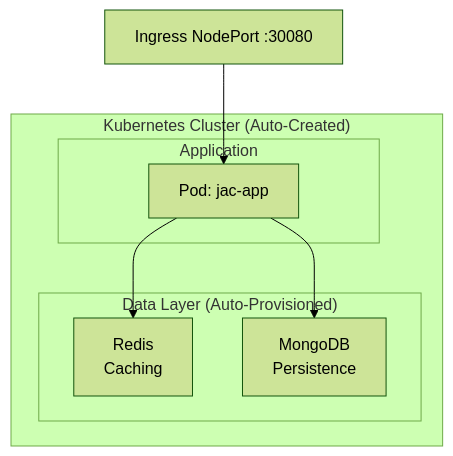
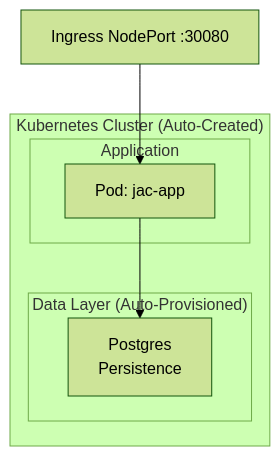
Before and after one commit to chess10kp/osprey: the diagram in jac/jaclang/cli/docs/tutorials/production/kubernetes.md, drawn with Mermaid (forest theme). The commit also changed other lines of this file and 4140 other files, not shown here.

````diff
--- a/jac/jaclang/cli/docs/tutorials/production/kubernetes.md
+++ b/jac/jaclang/cli/docs/tutorials/production/kubernetes.md
@@ -33,15 +33,13 @@
 ```mermaid
 graph TD
     subgraph cluster["Kubernetes Cluster (Auto-Created)"]
         subgraph app["Application"]
             P1["Pod: jac-app"]
         end
         subgraph data["Data Layer (Auto-Provisioned)"]
-            R["Redis<br/>Caching"]
-            M["MongoDB<br/>Persistence"]
+            PG["Postgres<br/>Persistence"]
         end
-        P1 --> R
-        P1 --> M
+        P1 --> PG
     end
     LB["Ingress NodePort :30080"] --> P1
 ```
````
